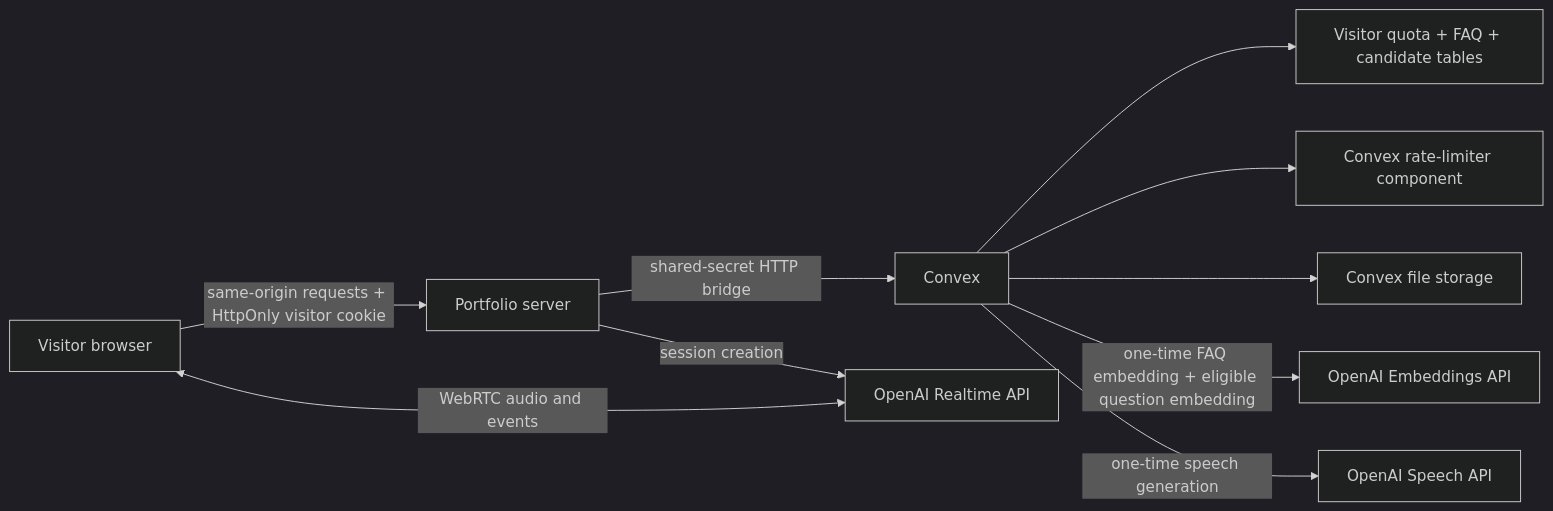
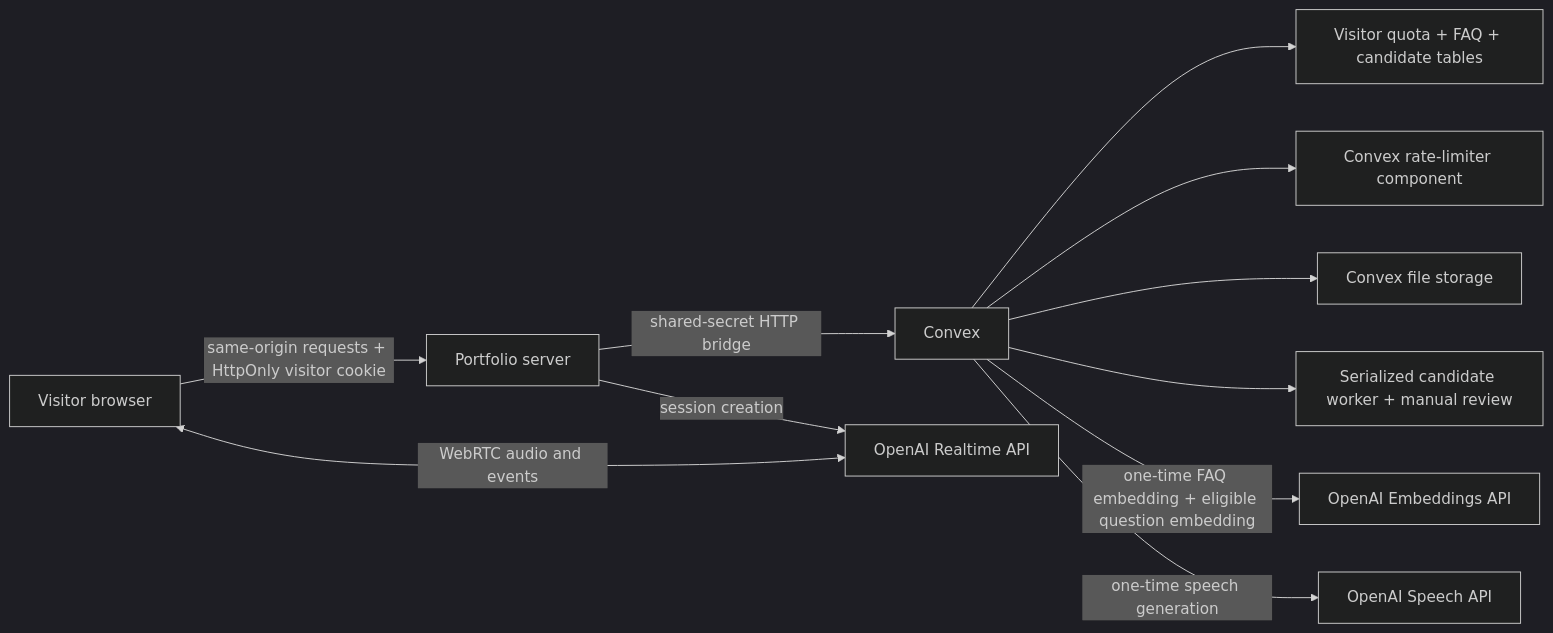
The first of 5 diagrams in docs/voice-cache-architecture.md (kyc-software/portfolio), drawn with Mermaid (dark theme) before and after one commit. The commit also changed other lines of this file and 15 other files, not shown here.

````diff
--- a/docs/voice-cache-architecture.md
+++ b/docs/voice-cache-architecture.md
@@ -21,12 +21,13 @@
 ```mermaid
 flowchart LR
   B["Visitor browser"] -->|"same-origin requests + HttpOnly visitor cookie"| P["Portfolio server"]
   P -->|"shared-secret HTTP bridge"| C["Convex"]
   C --> D["Visitor quota + FAQ + candidate tables"]
   C --> R["Convex rate-limiter component"]
   C --> F["Convex file storage"]
+  C --> Q["Serialized candidate worker + manual review"]
   C -->|"one-time FAQ embedding + eligible question embedding"| E["OpenAI Embeddings API"]
   C -->|"one-time speech generation"| T["OpenAI Speech API"]
   P -->|"session creation"| O["OpenAI Realtime API"]
   B <-->|"WebRTC audio and events"| O
 ```
````
